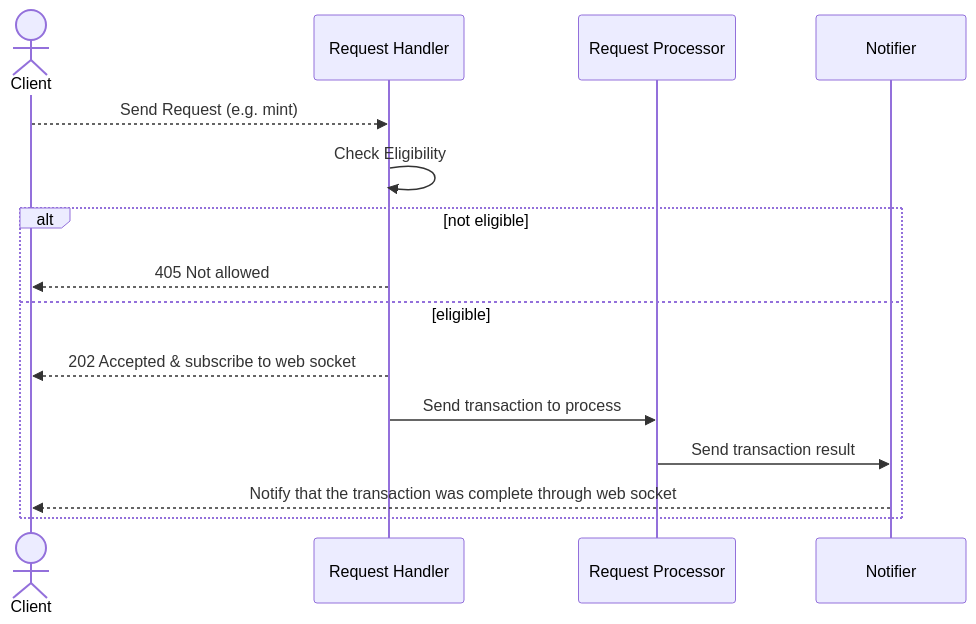
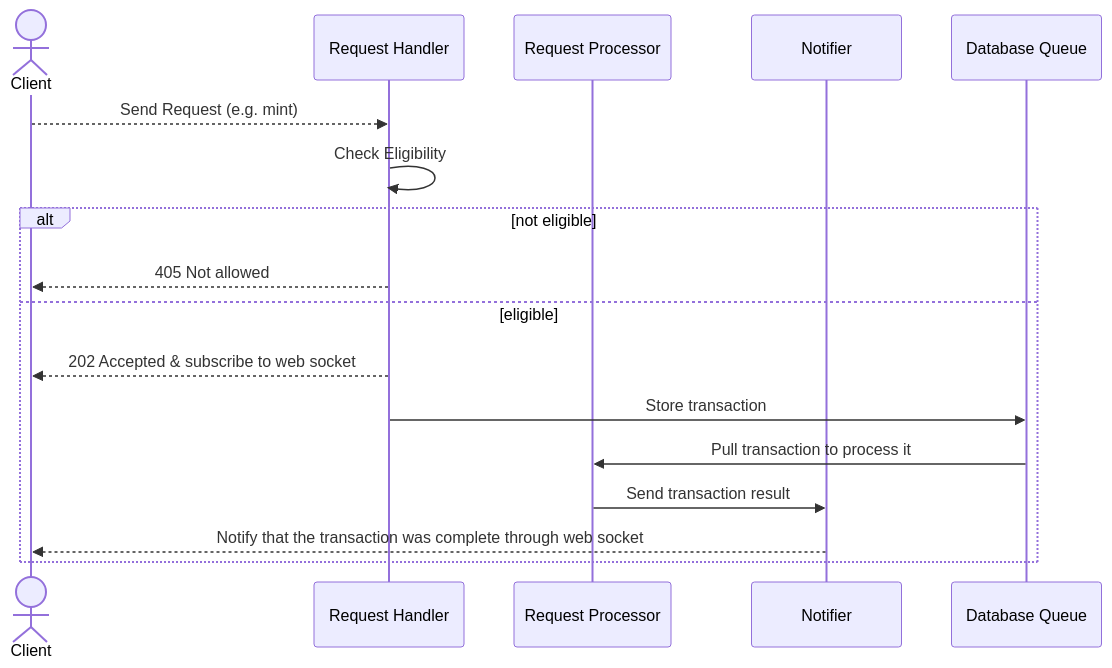
The diagram in docs/sequence_diagram.mermaid (MystenLabs/minting-server), drawn with Mermaid before and after one commit.

Commit message:
Update sequence diagram
Add database queue to the flow in
order to show how information is stored.

```diff
--- a/docs/sequence_diagram.mermaid
+++ b/docs/sequence_diagram.mermaid
@@ -1,15 +1,17 @@
 sequenceDiagram
 	actor Client
 	participant Request Handler
 	participant Request Processor
 	participant Notifier
+	participant Database Queue
 	Client -->> Request Handler: Send Request (e.g. mint)
 	Request Handler  ->> Request Handler: Check Eligibility
   alt not eligible
 		Request Handler -->> Client: 405 Not allowed
 	else eligible
     Request Handler -->> Client: 202 Accepted & subscribe to web socket
-	  Request Handler ->> Request Processor: Send transaction to process
+	  Request Handler ->> Database Queue: Store transaction
+	  Database Queue ->> Request Processor: Pull transaction to process it
 	  Request Processor ->> Notifier: Send transaction result
 	  Notifier -->> Client: Notify that the transaction was complete through web socket
   end
```
